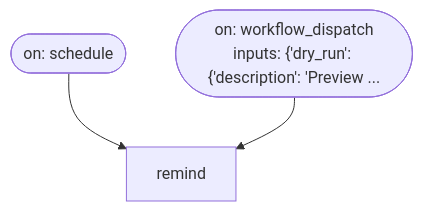
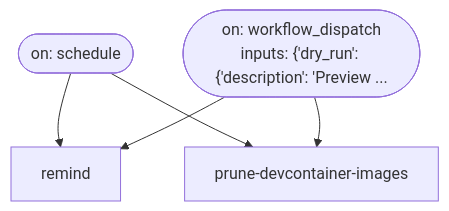
Before and after one commit to tvna/claude-md: the diagram in docs/generated/workflows/monthly-maintenance-if-branches.md, drawn with Mermaid. The commit also changed 6 other files, not shown here.

````diff
--- a/docs/generated/workflows/monthly-maintenance-if-branches.md
+++ b/docs/generated/workflows/monthly-maintenance-if-branches.md
@@ -5,11 +5,14 @@
 ```mermaid
 flowchart TD
 
     T_schedule(["on: schedule"])
     T_workflow_dispatch(["on: workflow_dispatch\ninputs: {'dry_run': {'description': 'Preview ..."])
 
     J_remind["remind"]
+    J_prune_devcontainer_images["prune-devcontainer-images"]
 
     T_schedule --> J_remind
     T_workflow_dispatch --> J_remind
+    T_schedule --> J_prune_devcontainer_images
+    T_workflow_dispatch --> J_prune_devcontainer_images
 ```
````
